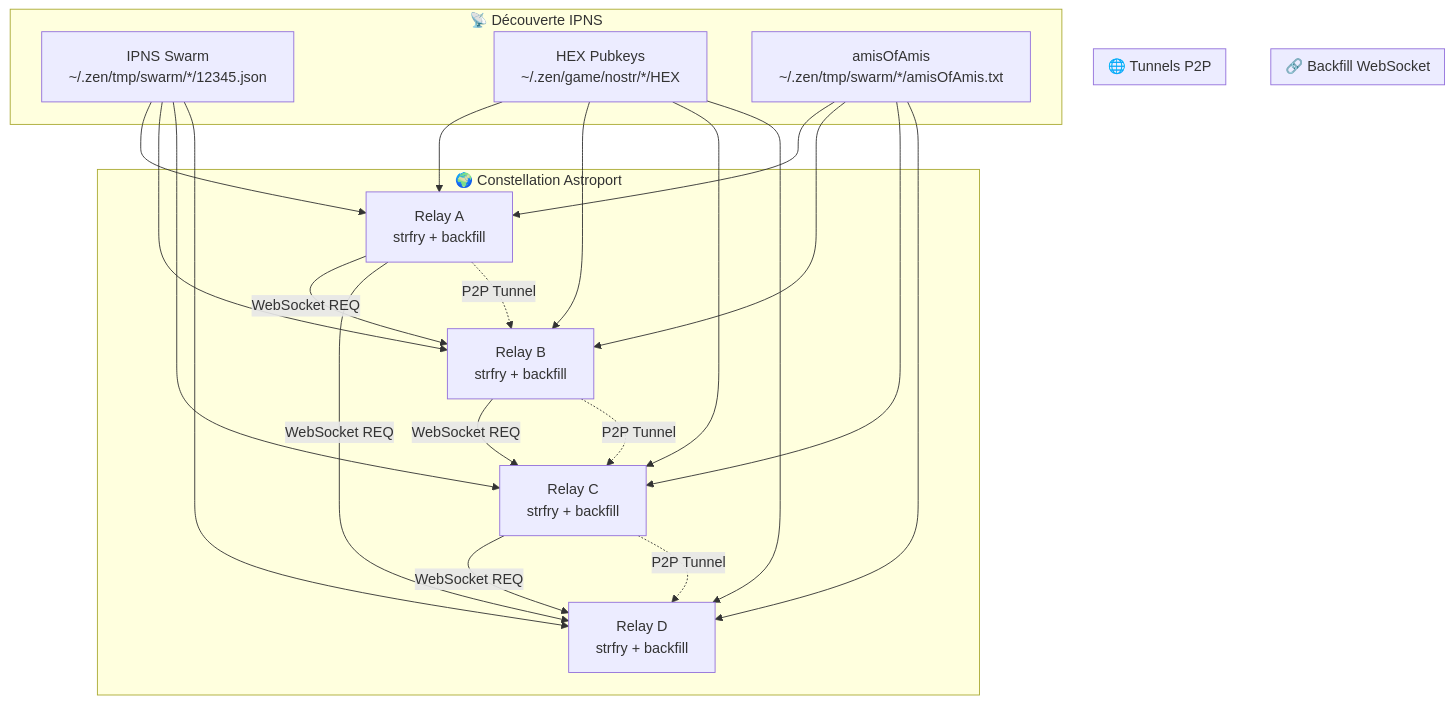
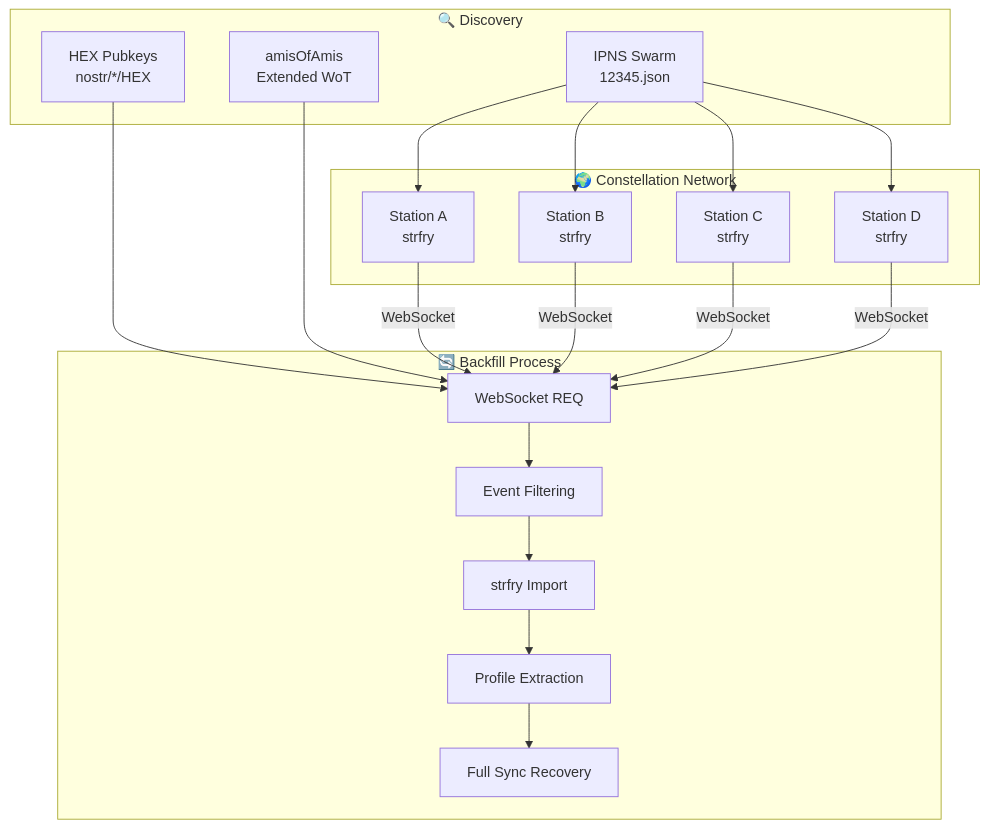
One commit to papiche/NIP-101 changed the first of 2 diagrams in CONSTELLATION_SYNC.md. Above: the diagram before and after it, drawn with Mermaid. The commit also changed other lines of this file and 7 other files, not shown here.

````diff
--- a/CONSTELLATION_SYNC.md
+++ b/CONSTELLATION_SYNC.md
@@ -65,43 +111,41 @@
 ```mermaid
 graph TB
-    subgraph "🌍 Constellation Astroport"
-        A[Relay A<br/>strfry + backfill]
-        B[Relay B<br/>strfry + backfill]
-        C[Relay C<br/>strfry + backfill]
-        D[Relay D<br/>strfry + backfill]
+    subgraph "🌍 Constellation Network"
+        A[Station A<br/>strfry]
+        B[Station B<br/>strfry]
+        C[Station C<br/>strfry]
+        D[Station D<br/>strfry]
     end
     
-    subgraph "🔗 Backfill WebSocket"
-        A -->|WebSocket REQ| B
-        B -->|WebSocket REQ| C
-        C -->|WebSocket REQ| D
-        A -->|WebSocket REQ| D
+    subgraph "🔍 Discovery"
+        E[IPNS Swarm<br/>12345.json]
+        F[HEX Pubkeys<br/>nostr/*/HEX]
+        G[amisOfAmis<br/>Extended WoT]
     end
     
-    subgraph "🌐 Tunnels P2P"
-        A -.->|P2P Tunnel| B
-        B -.->|P2P Tunnel| C
-        C -.->|P2P Tunnel| D
-    end
-    
-    subgraph "📡 Découverte IPNS"
-        E[IPNS Swarm<br/>~/.zen/tmp/swarm/*/12345.json]
-        F[HEX Pubkeys<br/>~/.zen/game/nostr/*/HEX]
-        G[amisOfAmis<br/>~/.zen/tmp/swarm/*/amisOfAmis.txt]
+    subgraph "🔄 Backfill Process"
+        H[WebSocket REQ]
+        I[Event Filtering]
+        J[strfry Import]
+        K[Profile Extraction]
+        L[Full Sync Recovery]
     end
     
     E --> A
     E --> B
     E --> C
     E --> D
     
-    F --> A
-    F --> B
-    F --> C
-    F --> D
+    F --> H
+    G --> H
     
-    G --> A
-    G --> B
-    G --> C
-    G --> D
+    A -->|WebSocket| H
+    B -->|WebSocket| H
+    C -->|WebSocket| H
+    D -->|WebSocket| H
+    
+    H --> I
+    I --> J
+    J --> K
+    K --> L
 ```
````
